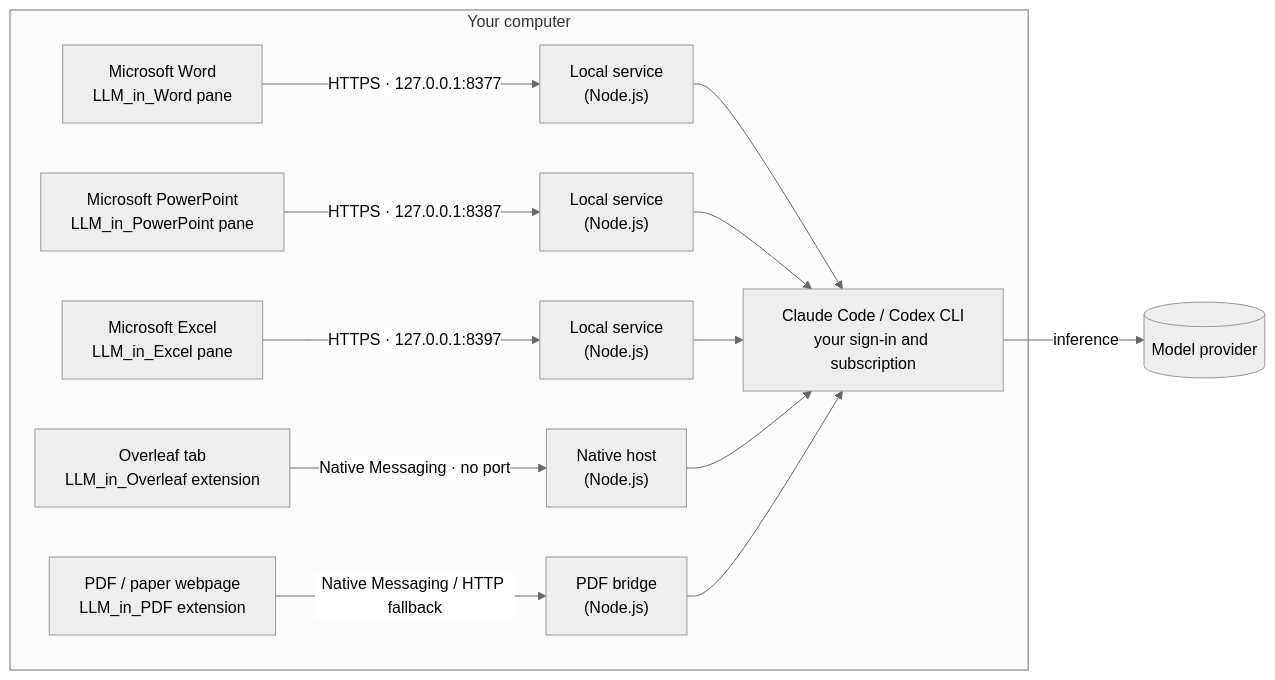
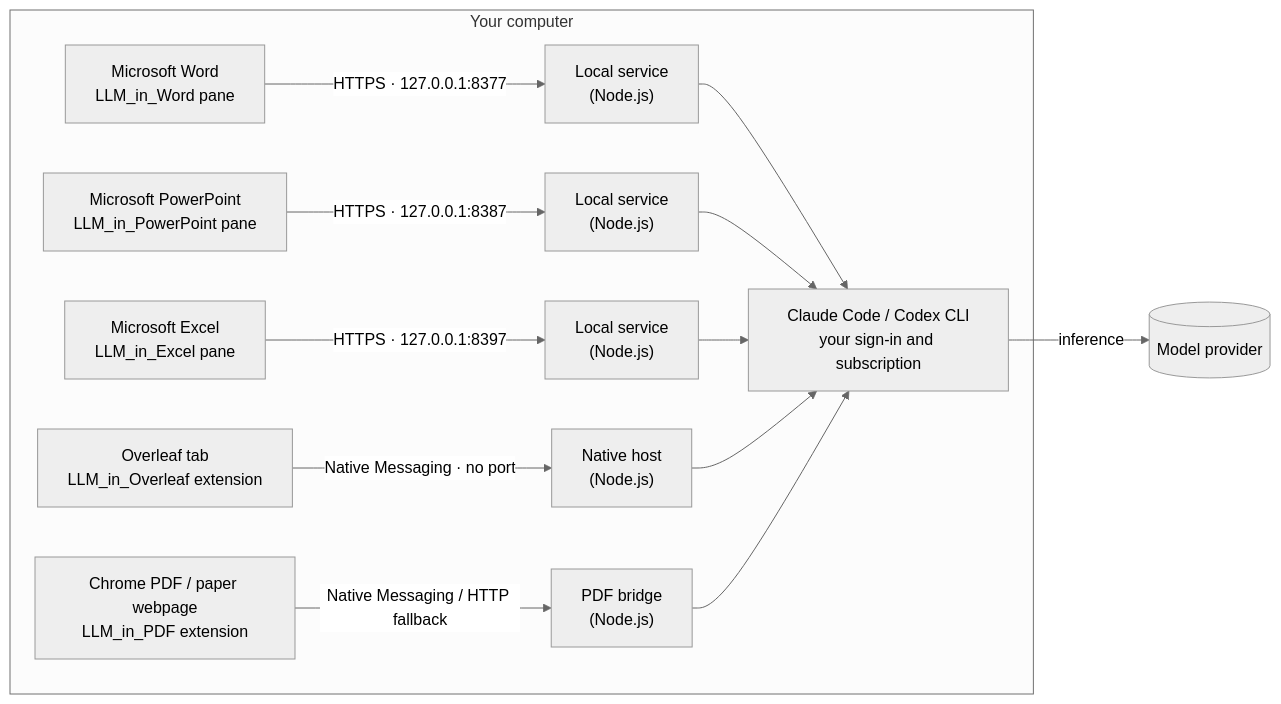
The diagram in README.md (ZJU-OmniAI/LLM_in_Work), drawn with Mermaid (neutral theme) before and after one commit. The commit also changed other lines of this file and 10 other files, not shown here.

````diff
--- a/README.md
+++ b/README.md
@@ -103,16 +111,16 @@
 ```mermaid
 flowchart LR
   subgraph PC["Your computer"]
     W["Microsoft Word<br/>LLM_in_Word pane"] -- "HTTPS · 127.0.0.1:8377" --> S["Local service<br/>(Node.js)"]
+    O["Overleaf tab<br/>LLM_in_Overleaf extension"] -- "Native Messaging · no port" --> H["Native host<br/>(Node.js)"]
+    D["Chrome PDF / paper webpage<br/>LLM_in_PDF extension"] -- "Native Messaging / HTTP fallback" --> HP["PDF bridge<br/>(Node.js)"]
     PP["Microsoft PowerPoint<br/>LLM_in_PowerPoint pane"] -- "HTTPS · 127.0.0.1:8387" --> SP["Local service<br/>(Node.js)"]
     X["Microsoft Excel<br/>LLM_in_Excel pane"] -- "HTTPS · 127.0.0.1:8397" --> SX["Local service<br/>(Node.js)"]
-    O["Overleaf tab<br/>LLM_in_Overleaf extension"] -- "Native Messaging · no port" --> H["Native host<br/>(Node.js)"]
-    D["PDF / paper webpage<br/>LLM_in_PDF extension"] -- "Native Messaging / HTTP fallback" --> HP["PDF bridge<br/>(Node.js)"]
     S --> C["Claude Code / Codex CLI<br/>your sign-in and subscription"]
     SP --> C
     SX --> C
     H --> C
     HP --> C
   end
   C -- "inference" --> P[("Model provider")]
 ```
````
